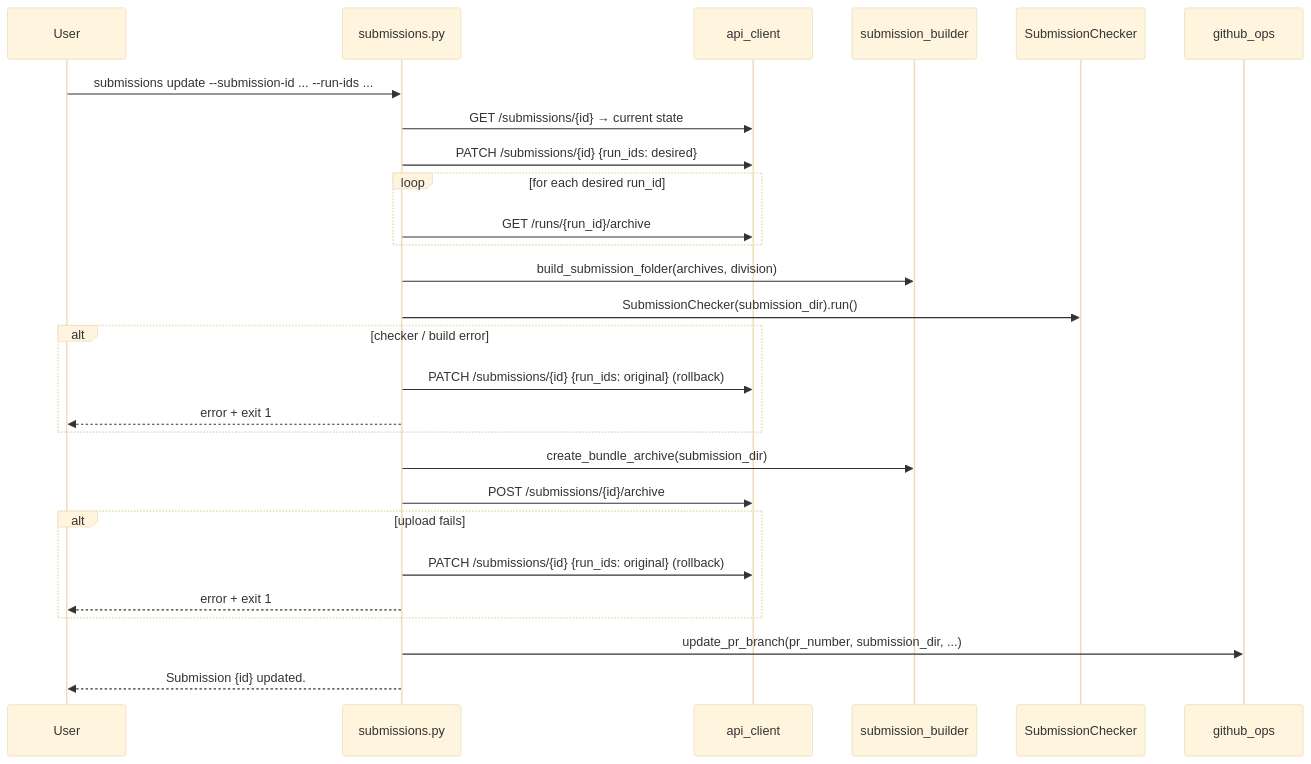
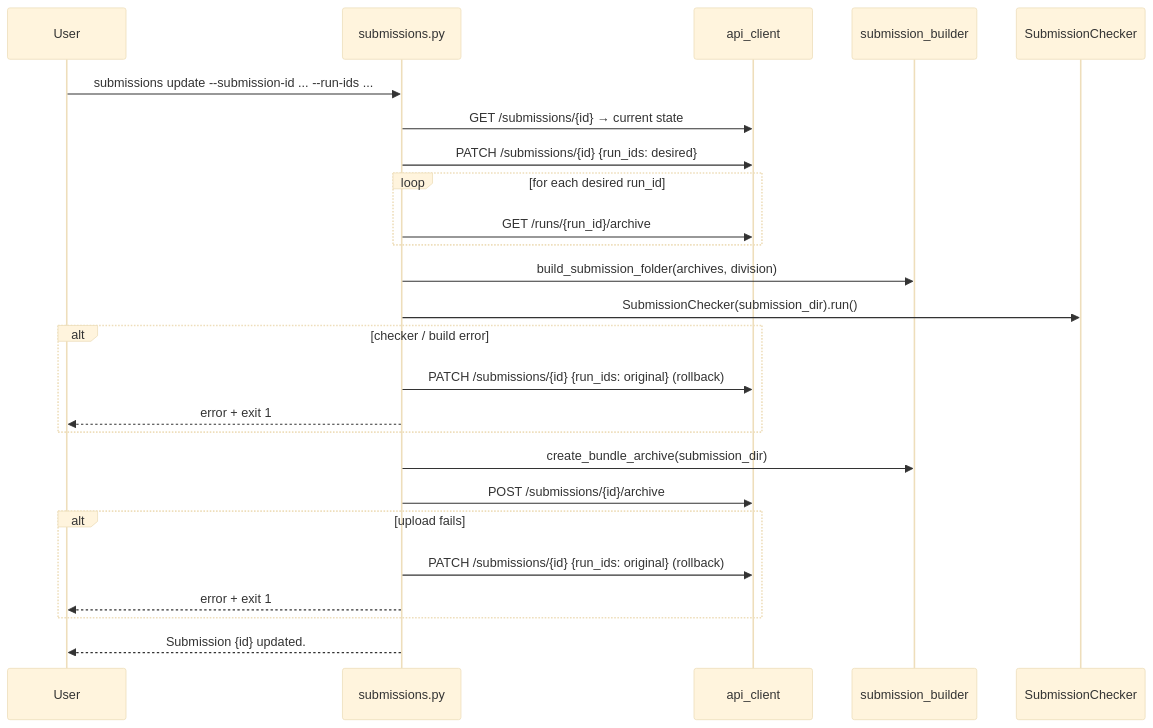
The fourth of 4 diagrams in docs/endpoints-cli/reference/architecture.md (mlcommons/endpoints-submission-cli), drawn with Mermaid (base theme) before and after one commit. The commit also changed other lines of this file and 8 other files, not shown here.

````diff
--- a/docs/endpoints-cli/reference/architecture.md
+++ b/docs/endpoints-cli/reference/architecture.md
@@ -132,30 +126,28 @@
 ```mermaid
 sequenceDiagram
     participant U as User
     participant CLI as submissions.py
     participant A as api_client
     participant B as submission_builder
     participant Ch as SubmissionChecker
-    participant GH as github_ops
 
     U->>CLI: submissions update --submission-id ... --run-ids ...
     CLI->>A: GET /submissions/{id}  →  current state
     CLI->>A: PATCH /submissions/{id}  {run_ids: desired}
     loop for each desired run_id
         CLI->>A: GET /runs/{run_id}/archive
     end
     CLI->>B: build_submission_folder(archives, division)
     CLI->>Ch: SubmissionChecker(submission_dir).run()
     alt checker / build error
         CLI->>A: PATCH /submissions/{id}  {run_ids: original}  (rollback)
         CLI-->>U: error + exit 1
     end
     CLI->>B: create_bundle_archive(submission_dir)
     CLI->>A: POST /submissions/{id}/archive
     alt upload fails
         CLI->>A: PATCH /submissions/{id}  {run_ids: original}  (rollback)
         CLI-->>U: error + exit 1
     end
-    CLI->>GH: update_pr_branch(pr_number, submission_dir, ...)
     CLI-->>U: Submission {id} updated.
 ```
````
